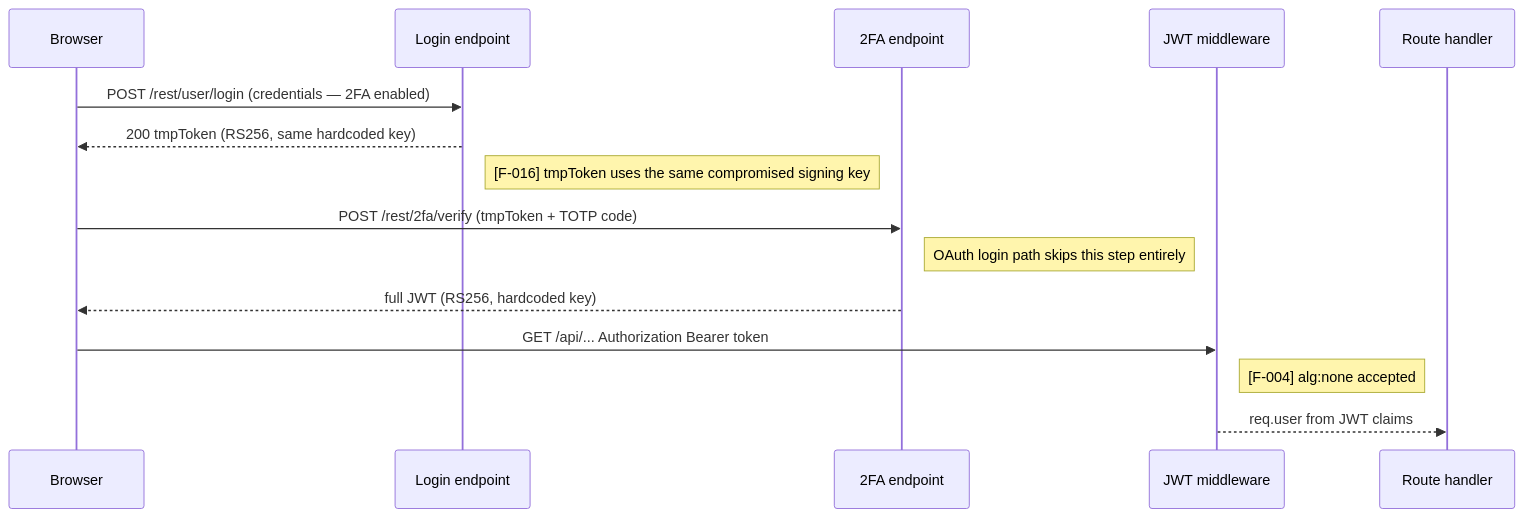
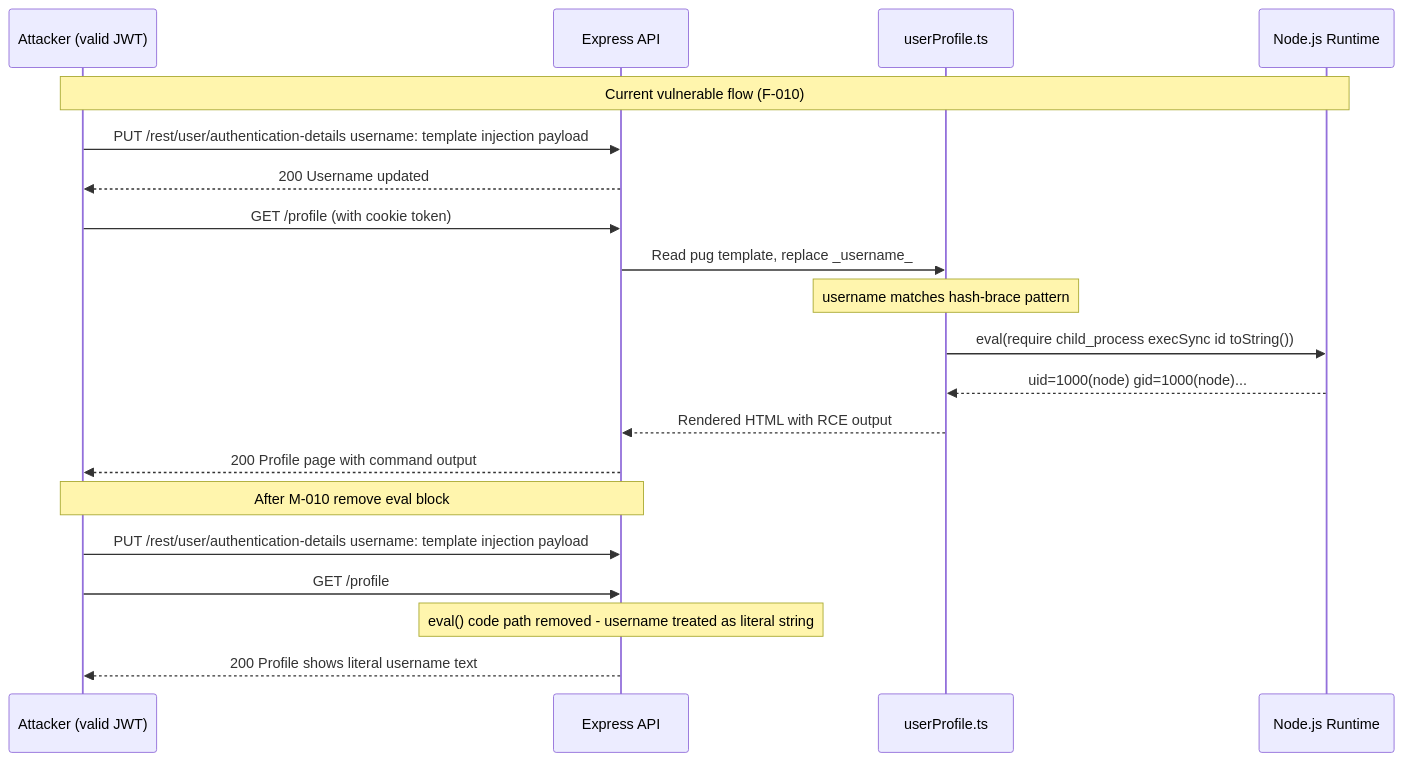
Before and after one commit to appsec-foundry/appsec-advisor: diagram 12 of 17 in examples/juice-shop/threat-model-juiceshop-thorough.md, drawn with Mermaid. The commit also changed other lines of this file and 12 other files, not shown here.

Commit message:
new schema & quality enforcement implemented

````diff
--- a/examples/juice-shop/threat-model-juiceshop-thorough.md
+++ b/examples/juice-shop/threat-model-juiceshop-thorough.md
@@ -769,20 +779,25 @@
 ```mermaid
 sequenceDiagram
-    participant B as Browser
-    participant L as Login endpoint
-    participant T as 2FA endpoint
-    participant MW as JWT middleware
-    participant R as Route handler
+    participant A as Attacker (valid JWT)
+    participant API as Express API
+    participant ProfileRenderer as userProfile.ts
+    participant NODE as Node.js Runtime
 
-    B->>L: POST /rest/user/login (credentials — 2FA enabled)
-    L-->>B: 200 tmpToken (RS256, same hardcoded key)
-    Note right of L: [F-016] tmpToken uses the same compromised signing key
+    Note over A,NODE: Current vulnerable flow (F-010)
+    A->>API: PUT /rest/user/authentication-details username: template injection payload
+    API-->>A: 200 Username updated
 
-    B->>T: POST /rest/2fa/verify (tmpToken + TOTP code)
-    Note right of T: OAuth login path skips this step entirely
-    T-->>B: full JWT (RS256, hardcoded key)
+    A->>API: GET /profile (with cookie token)
+    API->>ProfileRenderer: Read pug template, replace _username_
+    Note over ProfileRenderer: username matches hash-brace pattern
+    ProfileRenderer->>NODE: eval(require child_process execSync id toString())
+    NODE-->>ProfileRenderer: uid=1000(node) gid=1000(node)...
+    ProfileRenderer-->>API: Rendered HTML with RCE output
+    API-->>A: 200 Profile page with command output
 
-    B->>MW: GET /api/... Authorization Bearer token
-    Note right of MW: [F-004] alg:none accepted
-    MW-->>R: req.user from JWT claims
+    Note over A,API: After M-010 remove eval block
+    A->>API: PUT /rest/user/authentication-details username: template injection payload
+    A->>API: GET /profile
+    Note over API: eval() code path removed - username treated as literal string
+    API-->>A: 200 Profile shows literal username text
 ```
````
